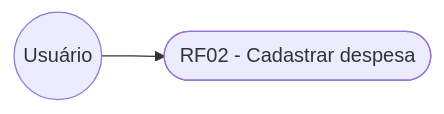
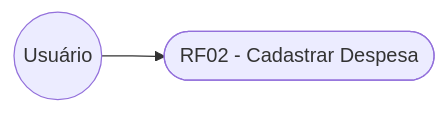
Before and after one commit to NEXA-project-br/NEXA: the second of 8 diagrams in relacionamento/dcu.md, drawn with Mermaid. The commit also changed other lines of this file and 4 other files, not shown here.

````diff
--- a/relacionamento/dcu.md
+++ b/relacionamento/dcu.md
@@ -20,6 +20,6 @@
 ```mermaid
 graph LR
   U((Usuário))
-  RF02([RF02 - Cadastrar despesa])
+  RF02([RF02 - Cadastrar Despesa])
   U --> RF02
 ```
````
